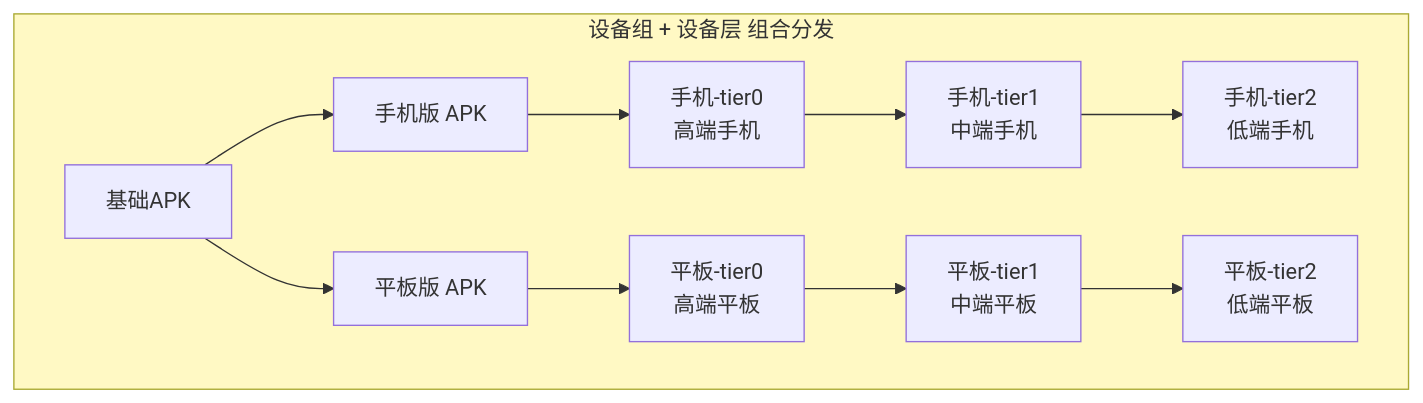
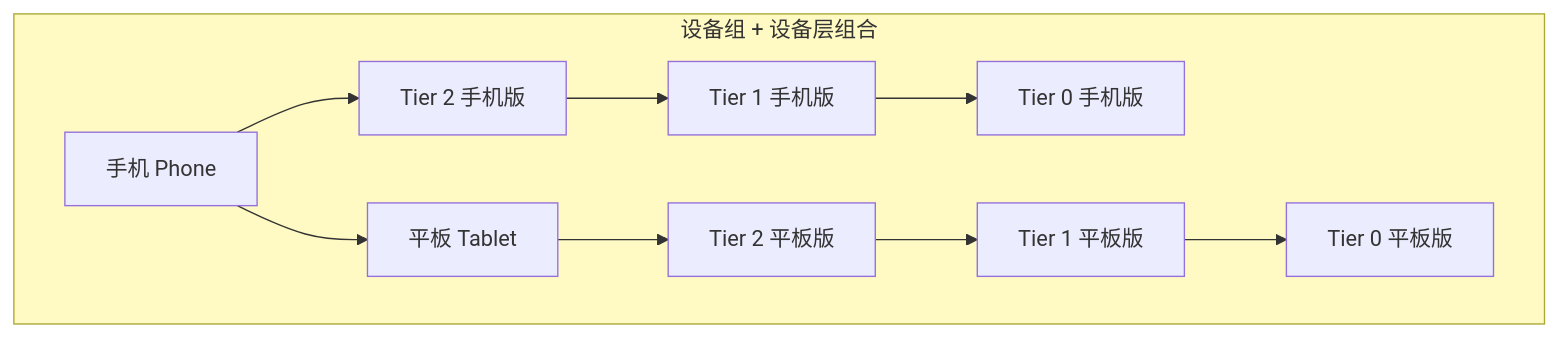
The fourth of 5 diagrams in AndroidDeveloperGuideStory/Contents/vol21/21.1.95 捆绑设备层.md (Carrie-L/carrie-l.github.io), drawn with Mermaid before and after one commit. The commit also changed other lines of this file, not shown here.

Commit message:
feat(chapter-21.1.95): implement BundleDeviceTier device tier configuration chapter

````diff
--- a/AndroidDeveloperGuideStory/Contents/vol21/21.1.95 捆绑设备层.md
+++ b/AndroidDeveloperGuideStory/Contents/vol21/21.1.95 捆绑设备层.md
@@ -254,18 +341,17 @@
 ```mermaid
 flowchart TB
-    subgraph Combined["设备组 + 设备层 组合分发"]
+    subgraph Combined["设备组 + 设备层组合"]
         
-        C1[基础APK] --> C2[手机版 APK]
-        C2 --> C3[手机-tier0<br/>高端手机]
-        C3 --> C4[手机-tier1<br/>中端手机]
-        C4 --> C5[手机-tier2<br/>低端手机]
+        C1[手机 Phone] --> C2[Tier 2 手机版]
+        C2 --> C3[Tier 1 手机版]
+        C3 --> C4[Tier 0 手机版]
         
-        C1 --> C6[平板版 APK]
-        C6 --> C7[平板-tier0<br/>高端平板]
-        C7 --> C8[平板-tier1<br/>中端平板]
-        C8 --> C9[平板-tier2<br/>低端平板]
+        C1 --> C5[平板 Tablet]
+        C5 --> C6[Tier 2 平板版]
+        C6 --> C7[Tier 1 平板版]
+        C7 --> C8[Tier 0 平板版]
         
     end
     
     style Combined fill:#fff9c4
 ```
````
